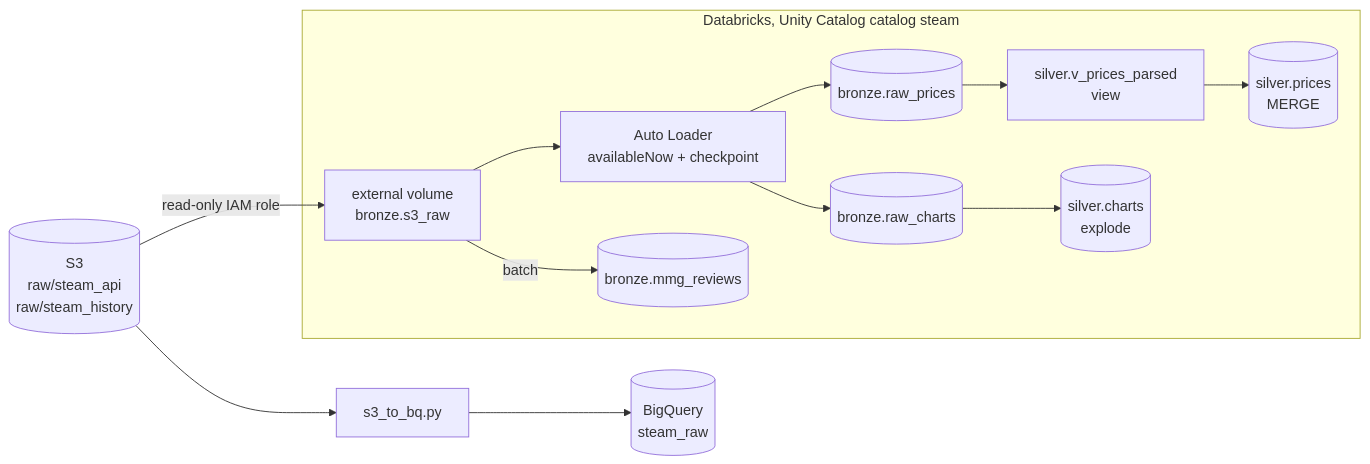
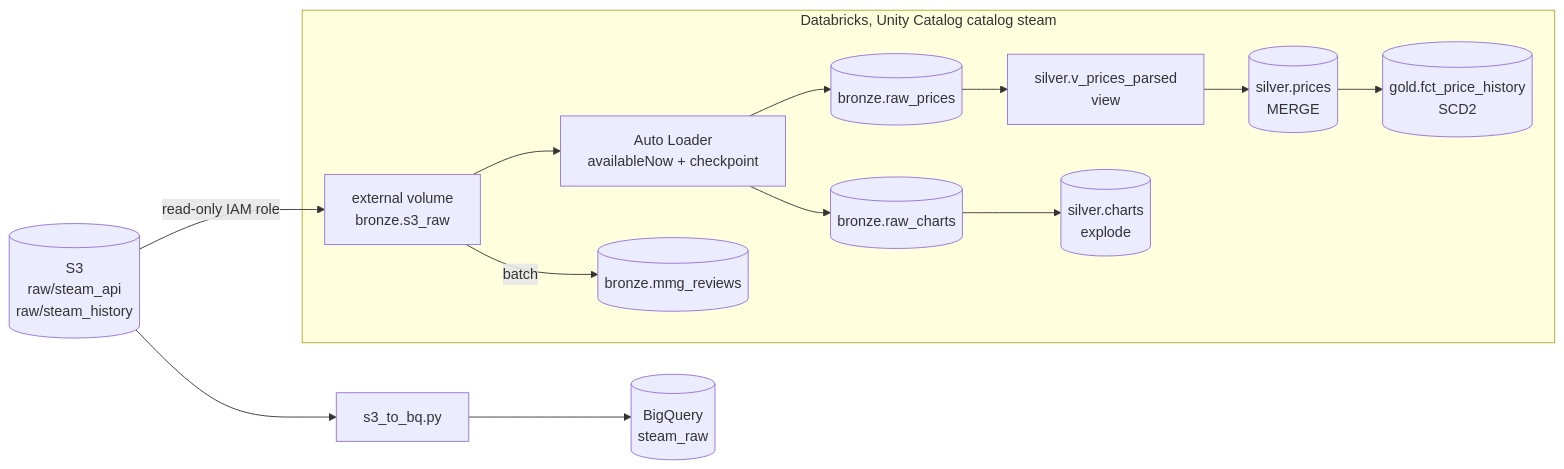
Before and after one commit to Feasao/steam-pipeline: the second of 2 diagrams in Readme.md, drawn with Mermaid. The commit also changed other lines of this file and 1 other file, not shown here.

First line of the commit message:
Gold fact prices history with integrity checks

````diff
--- a/Readme.md
+++ b/Readme.md
@@ -396,20 +395,22 @@
 ```mermaid
 flowchart LR
     E[(S3<br/>raw/steam_api<br/>raw/steam_history)]
     subgraph DB["Databricks, Unity Catalog catalog steam"]
         V[external volume<br/>bronze.s3_raw]
         AL[Auto Loader<br/>availableNow + checkpoint]
         BP[(bronze.raw_prices)]
         BC[(bronze.raw_charts)]
         BR[(bronze.mmg_reviews)]
         PV[silver.v_prices_parsed<br/>view]
         SP[(silver.prices<br/>MERGE)]
         SC[(silver.charts<br/>explode)]
+        GP[(gold.fct_price_history<br/>SCD2)]
+        SP --> GP
         V --> AL
         AL --> BP --> PV --> SP
         AL --> BC --> SC
         V -->|batch| BR
     end
     E -->|read-only IAM role| V
     E --> F[s3_to_bq.py] --> G[(BigQuery<br/>steam_raw)]
 ```
````
